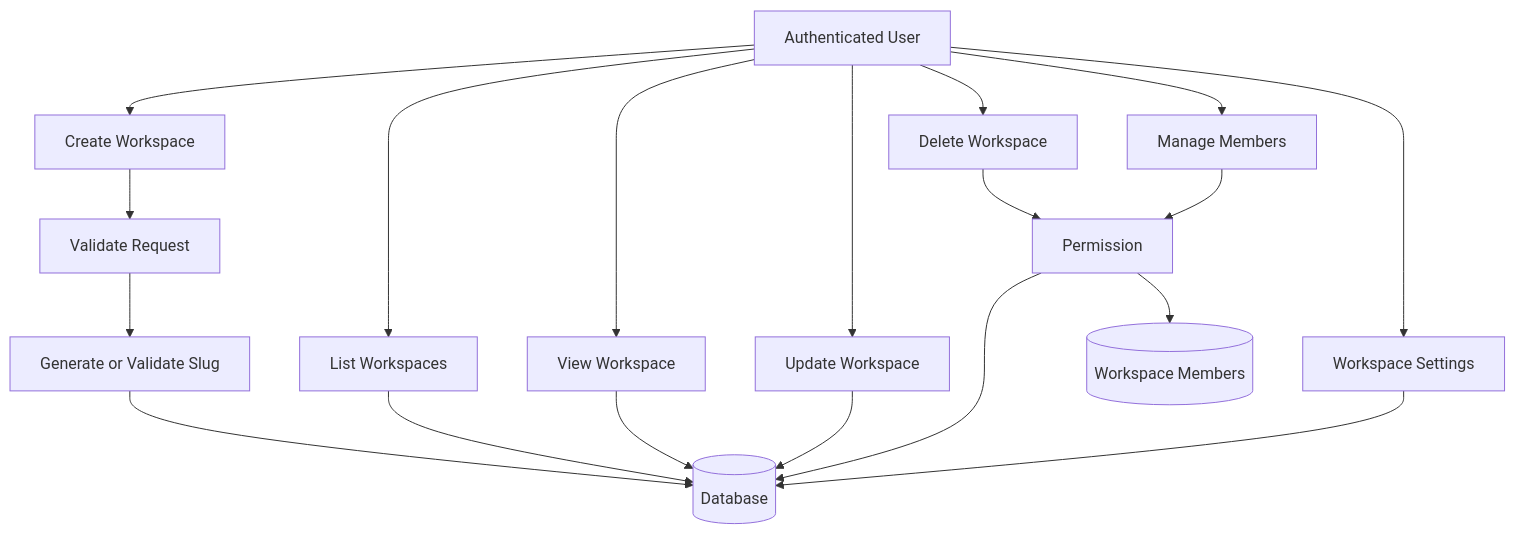
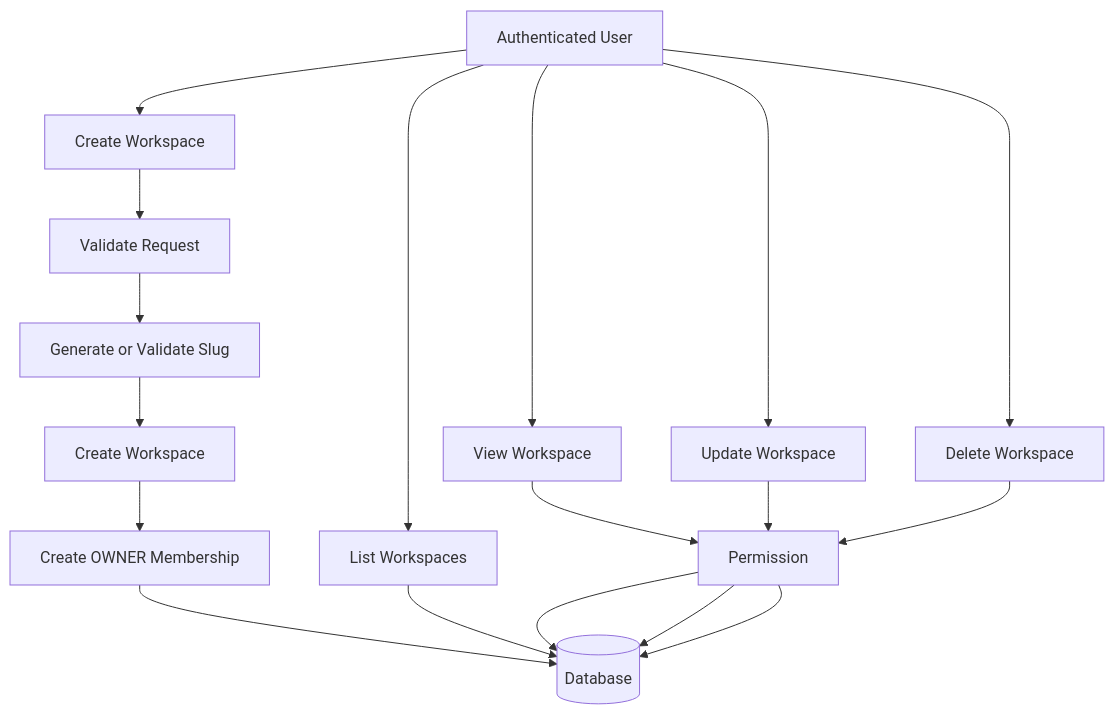
The second of 3 diagrams in docs/architecture/workspace/Workspace-Architecture.md (datnguyxn/LinkFlow), drawn with Mermaid before and after one commit. The commit also changed other lines of this file and 14 other files, not shown here.

Commit message:
docs(architecture): add workspace module documentation

````diff
--- a/docs/architecture/workspace/Workspace-Architecture.md
+++ b/docs/architecture/workspace/Workspace-Architecture.md
@@ -53,41 +55,39 @@
 ```mermaid
 flowchart TD
 
 A[Authenticated User]
 
 A --> B[Create Workspace]
 
 A --> C[List Workspaces]
 
 A --> D[View Workspace]
 
 A --> E[Update Workspace]
 
 A --> F[Delete Workspace]
 
-A --> G[Manage Members]
-
-A --> H[Workspace Settings]
-
 B --> Validate[Validate Request]
 
 Validate --> Slug[Generate or Validate Slug]
 
-Slug --> DB[(Database)]
+Slug --> CreateWorkspace[Create Workspace]
+
+CreateWorkspace --> CreateOwner[Create OWNER Membership]
+
+CreateOwner --> DB[(Database)]
 
 C --> DB
 
-D --> DB
+D --> Permission
 
-E --> DB
+Permission --> DB
+
+E --> Permission
+
+Permission --> DB
 
 F --> Permission
 
 Permission --> DB
-
-G --> Permission
-
-Permission --> MemberDB[(Workspace Members)]
-
-H --> DB
 ```
````
